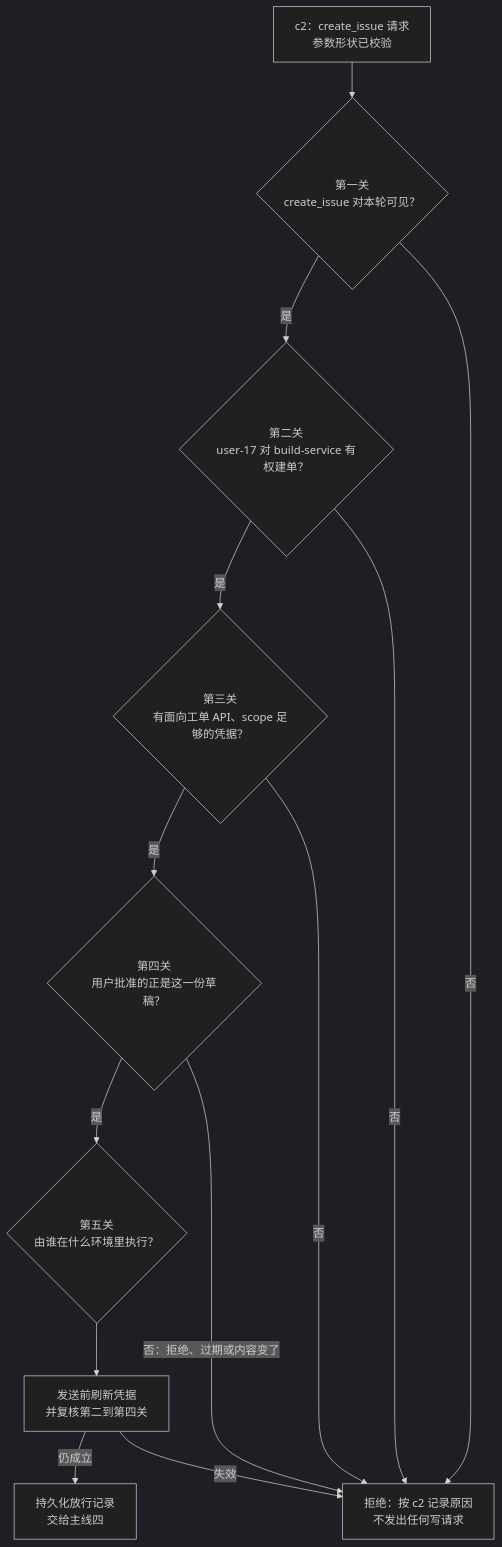
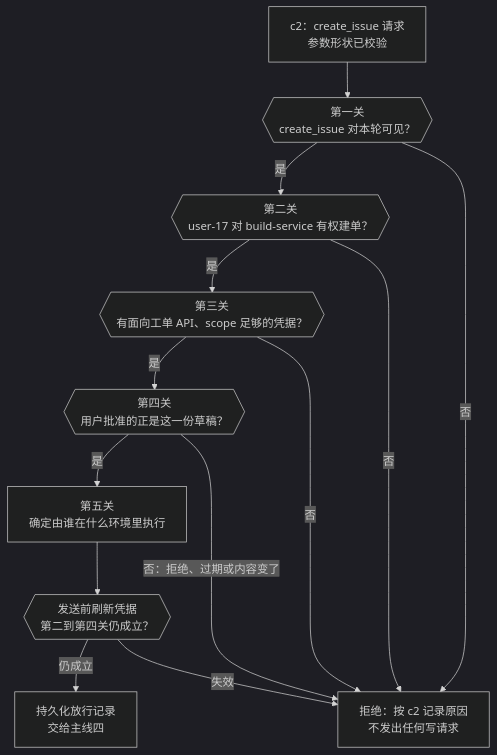
One commit to Negronii/MyNotes changed the diagram in ai-engineering/actions/authorization-gates-for-actions.md. Above: the diagram before and after it, drawn with Mermaid (dark theme). The commit also changed 220 other files, not shown here.

First line of the commit message:
Replace prose-heavy explanations with figures and fix existing diagrams

```diff
--- a/ai-engineering/actions/authorization-gates-for-actions.md
+++ b/ai-engineering/actions/authorization-gates-for-actions.md
@@ -21,18 +21,19 @@
 ~~~mermaid
+%%{init: {"flowchart": {"wrappingWidth": 320}}}%%
 flowchart TD
     Req["c2：create_issue 请求<br/>参数形状已校验"]
-    G1{"第一关<br/>create_issue 对本轮可见？"}
-    G2{"第二关<br/>user-17 对 build-service 有权建单？"}
-    G3{"第三关<br/>有面向工单 API、scope 足够的凭据？"}
-    G4{"第四关<br/>用户批准的正是这一份草稿？"}
-    G5{"第五关<br/>由谁在什么环境里执行？"}
-    Recheck["发送前刷新凭据<br/>并复核第二到第四关"]
+    G1{{"第一关<br/>create_issue 对本轮可见？"}}
+    G2{{"第二关<br/>user-17 对 build-service 有权建单？"}}
+    G3{{"第三关<br/>有面向工单 API、scope 足够的凭据？"}}
+    G4{{"第四关<br/>用户批准的正是这一份草稿？"}}
+    G5["第五关<br/>确定由谁在什么环境里执行"]
+    Recheck{{"发送前刷新凭据<br/>第二到第四关仍成立？"}}
     Out["持久化放行记录<br/>交给主线四"]
     Stop["拒绝：按 c2 记录原因<br/>不发出任何写请求"]
     Req --> G1 -->|是| G2 -->|是| G3 -->|是| G4 -->|是| G5 --> Recheck -->|仍成立| Out
     G1 -->|否| Stop
     G2 -->|否| Stop
     G3 -->|否| Stop
     G4 -->|"否：拒绝、过期或内容变了"| Stop
     Recheck -->|失效| Stop
 ~~~
```
